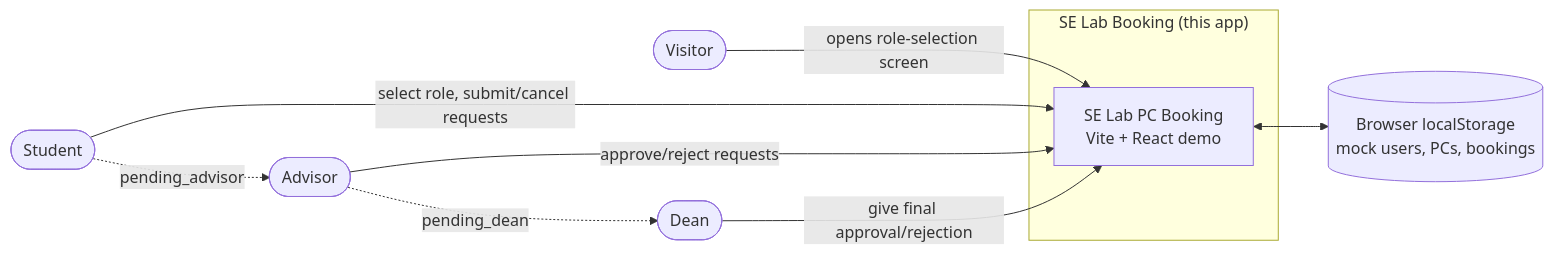
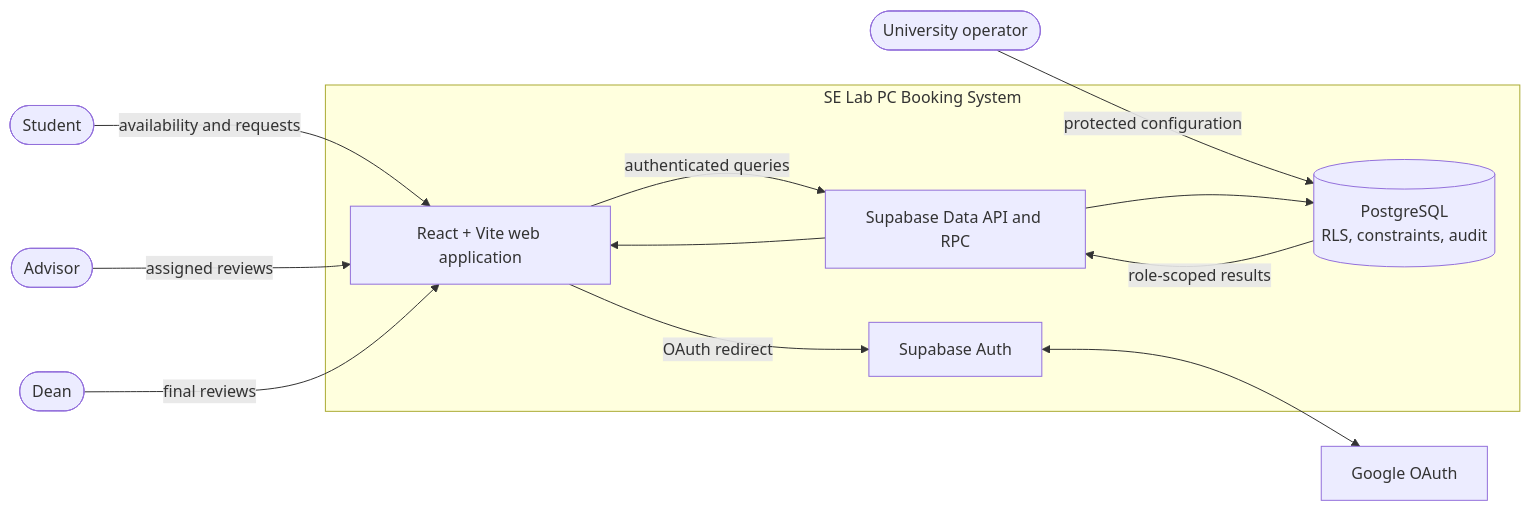
The diagram in .docs/02-design/diagrams/01-context-diagram.md (Leng201202/SE-Lab-Booking-System), drawn with Mermaid before and after one commit. The commit also changed other lines of this file and 53 other files, not shown here.

Commit message:
Add supabase config,api and update docs

````diff
--- a/.docs/02-design/diagrams/01-context-diagram.md
+++ b/.docs/02-design/diagrams/01-context-diagram.md
@@ -3,22 +3,27 @@
-```mermaid
+~~~mermaid
 flowchart LR
     Student([Student])
     Advisor([Advisor])
     Dean([Dean])
-    Visitor([Visitor])
+    Operator([University operator])
+    Google[Google OAuth]
 
-    subgraph System["SE Lab Booking (this app)"]
-        Web[SE Lab PC Booking\nVite + React demo]
+    subgraph System["SE Lab PC Booking System"]
+        Web[React + Vite web application]
+        Auth[Supabase Auth]
+        API[Supabase Data API and RPC]
+        DB[(PostgreSQL\nRLS, constraints, audit)]
     end
 
-    Store[(Browser localStorage\nmock users, PCs, bookings)]
+    Student -->|availability and requests| Web
+    Advisor -->|assigned reviews| Web
+    Dean -->|final reviews| Web
+    Operator -->|protected configuration| DB
 
-    Visitor -->|opens role-selection screen| Web
-    Student -->|select role, submit/cancel requests| Web
-    Advisor -->|approve/reject requests| Web
-    Dean -->|give final approval/rejection| Web
-    Web <--> Store
-
-    Student -.->|pending_advisor| Advisor
-    Advisor -.->|pending_dean| Dean
-```
+    Web -->|OAuth redirect| Auth
+    Auth <--> Google
+    Web -->|authenticated queries| API
+    API --> DB
+    DB -->|role-scoped results| API
+    API --> Web
+~~~
````
